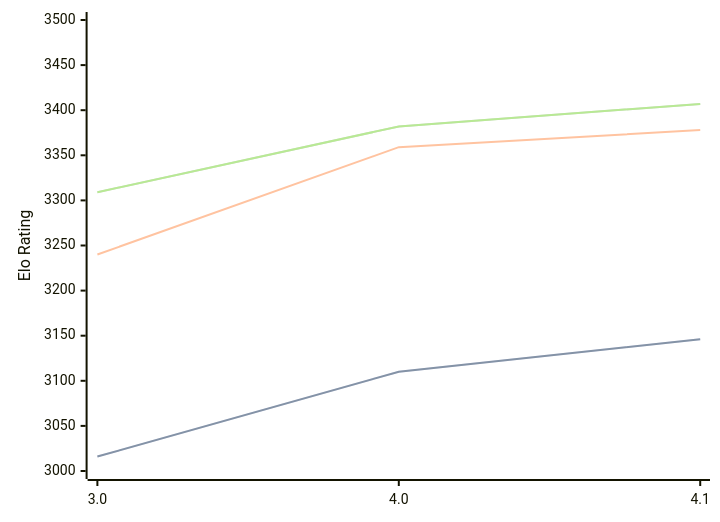
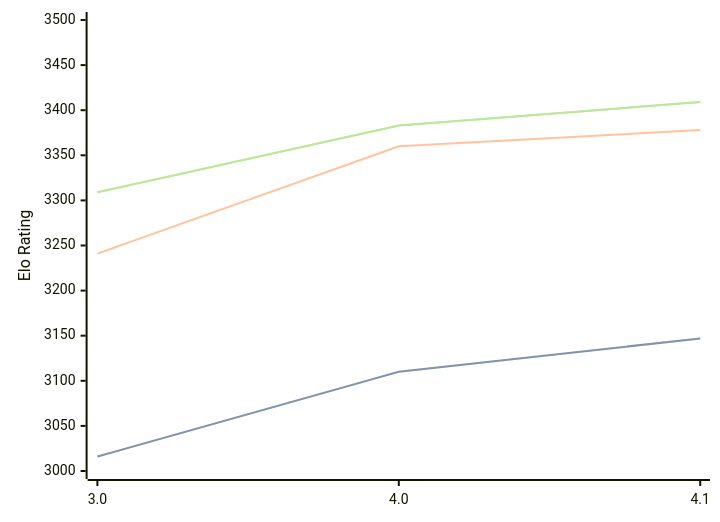
One commit to computer-chess-index/cci changed the first of 3 diagrams in engines/Eleanor.md. Above: the diagram before and after it, drawn with Mermaid. The commit also changed other lines of this file, not shown here.

Commit message:
Update CCI Ratings (ELO VLTC) - 2026-06-30

````diff
--- a/engines/Eleanor.md
+++ b/engines/Eleanor.md
@@ -35,11 +35,11 @@
 ```mermaid
 %%{init: {"theme":"base","themeVariables":{"seriesColors:['#a3a3a3','#222221','#faa371']}}}%%
 xychart-beta
   x-axis ["3.0", "4.0", "4.1"]
   y-axis "Elo Rating" 3000 --> 3500
-  line "STC (8.0+0.08s)" [3016, 3110, 3146]
-  line "STC (8.0+0.08s)" [3016, 3110, 3146]
-  line "LTC (60.0+0.60s)" [3240, 3359, 3378]
-  line "VLTC (2m24s+1.12s)" [3309, 3382, 3407]
-  line "VLTC (2m24s+1.12s)" [3309, 3382, 3407]
+  line "STC (8.0+0.08s)" [3016, 3110, 3147]
+  line "STC (8.0+0.08s)" [3016, 3110, 3147]
+  line "LTC (60.0+0.60s)" [3241, 3360, 3378]
+  line "VLTC (2m24s+1.12s)" [3309, 3383, 3409]
+  line "VLTC (2m24s+1.12s)" [3309, 3383, 3409]
 ```
````
